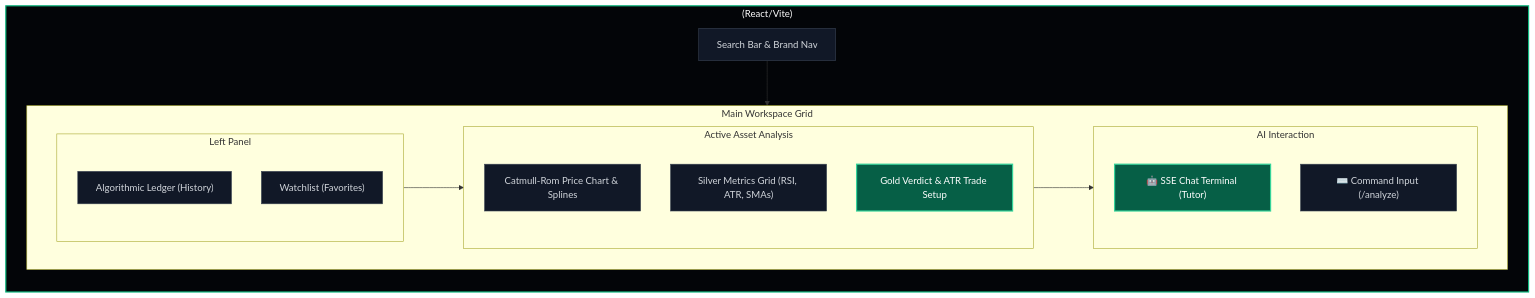
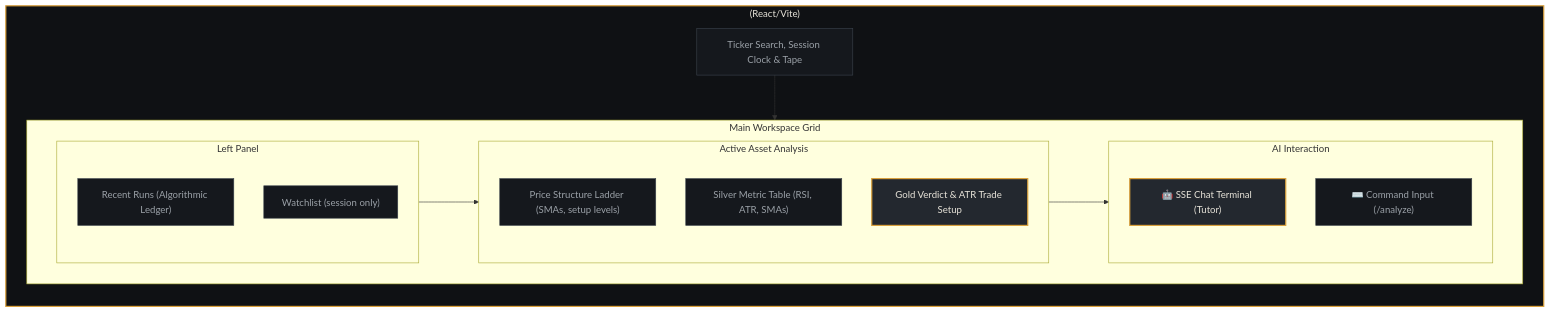
One commit to gh0gale/INVR changed the first of 4 diagrams in README.md. Above: the diagram before and after it, drawn with Mermaid. The commit also changed other lines of this file and 67 other files, not shown here.

````diff
--- a/README.md
+++ b/README.md
@@ -11,40 +11,40 @@
 ```mermaid
 flowchart TB
-    classDef layout fill:#030508,stroke:#10B981,stroke-width:2px,color:#fff;
-    classDef panel fill:#111827,stroke:#374151,stroke-width:1px,color:#d1d5db;
-    classDef highlight fill:#065f46,stroke:#34d399,stroke-width:2px,color:#fff;
+    classDef layout fill:#0F1114,stroke:#D9A03C,stroke-width:2px,color:#E8E4DA;
+    classDef panel fill:#15181D,stroke:#3B434D,stroke-width:1px,color:#9BA1A8;
+    classDef highlight fill:#23282F,stroke:#D9A03C,stroke-width:2px,color:#E8E4DA;
     
     subgraph UI["(React/Vite)"]
         direction TB
-        TopNav[" Search Bar & Brand Nav"]:::panel
+        TopNav["Ticker Search, Session Clock & Tape"]:::panel
         
         subgraph Workspace["Main Workspace Grid"]
             direction LR
             
             subgraph LeftCol["Left Panel"]
                 direction TB
-                Ledger[" Algorithmic Ledger (History)"]:::panel
-                Watchlist[" Watchlist (Favorites)"]:::panel
+                Ledger["Recent Runs (Algorithmic Ledger)"]:::panel
+                Watchlist["Watchlist (session only)"]:::panel
             end
             
             subgraph CenterCol["Active Asset Analysis"]
                 direction TB
-                Chart[" Catmull-Rom Price Chart & Splines"]:::panel
-                Metrics[" Silver Metrics Grid (RSI, ATR, SMAs)"]:::panel
-                Verdict[" Gold Verdict & ATR Trade Setup"]:::highlight
+                Ladder["Price Structure Ladder (SMAs, setup levels)"]:::panel
+                Metrics["Silver Metric Table (RSI, ATR, SMAs)"]:::panel
+                Verdict["Gold Verdict & ATR Trade Setup"]:::highlight
             end
             
             subgraph RightCol["AI Interaction"]
                 direction TB
                 Terminal["🤖 SSE Chat Terminal (Tutor)"]:::highlight
                 Input["⌨️ Command Input (/analyze)"]:::panel
             end
             
             LeftCol --> CenterCol
             CenterCol --> RightCol
         end
         
         TopNav --> Workspace
     end
     class UI layout
 ```
````
